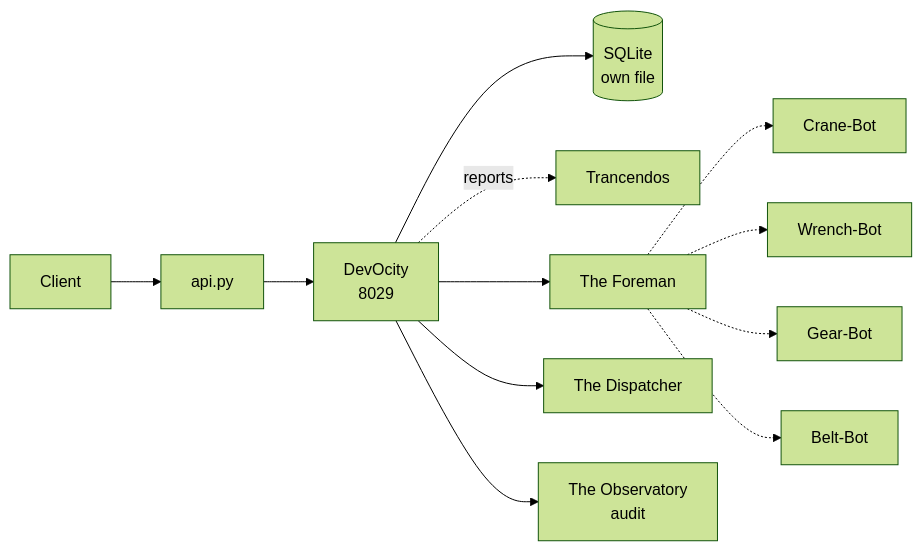
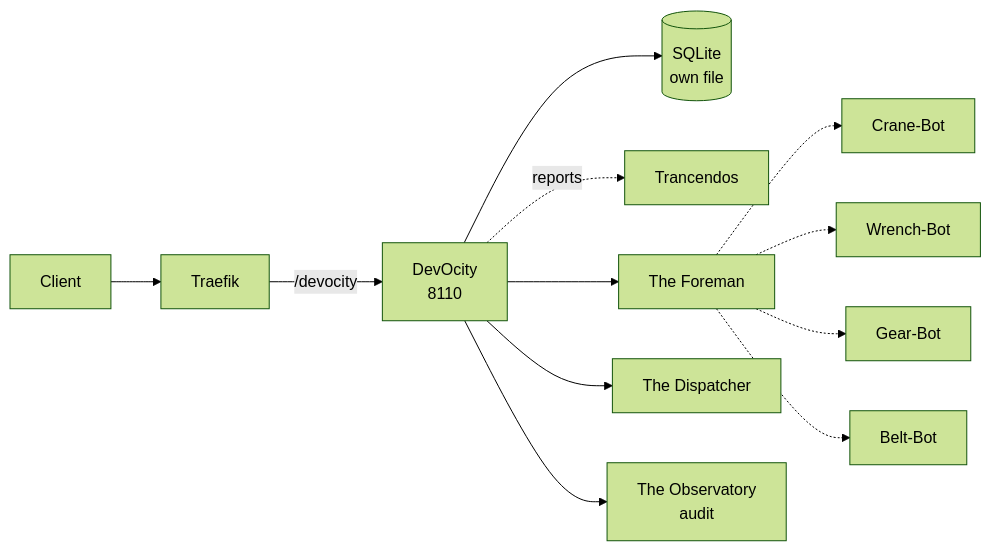
The diagram in docs/solution-packs/devocity.md (Trancendos/Tranc3), drawn with Mermaid (forest theme) before and after one commit. The commit also changed other lines of this file and 10 other files, not shown here.

````diff
--- a/docs/solution-packs/devocity.md
+++ b/docs/solution-packs/devocity.md
@@ -67,14 +71,14 @@
 ```mermaid
 flowchart LR
-    C[Client] --> A[api.py]
-    A --> S[DevOcity<br/>8029]
+    C[Client] --> T[Traefik]
+    T -->|/devocity| S[DevOcity<br/>8110]
     S --> DB[(SQLite<br/>own file)]
     S -.reports.-> P[Trancendos]
     S --> AA[The Foreman]
     S --> AB[The Dispatcher]
     AA -.-> CraneBot[Crane-Bot]
     AA -.-> WrenchBot[Wrench-Bot]
     AA -.-> GearBot[Gear-Bot]
     AA -.-> BeltBot[Belt-Bot]
     S --> OBS[The Observatory<br/>audit]
 ```
````
